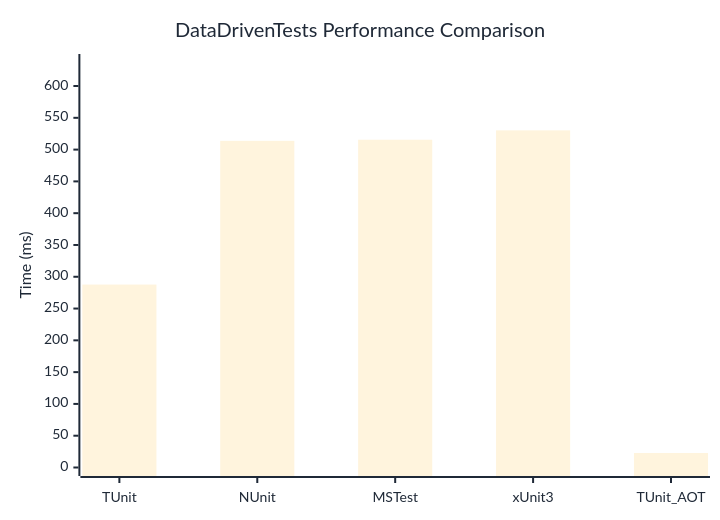
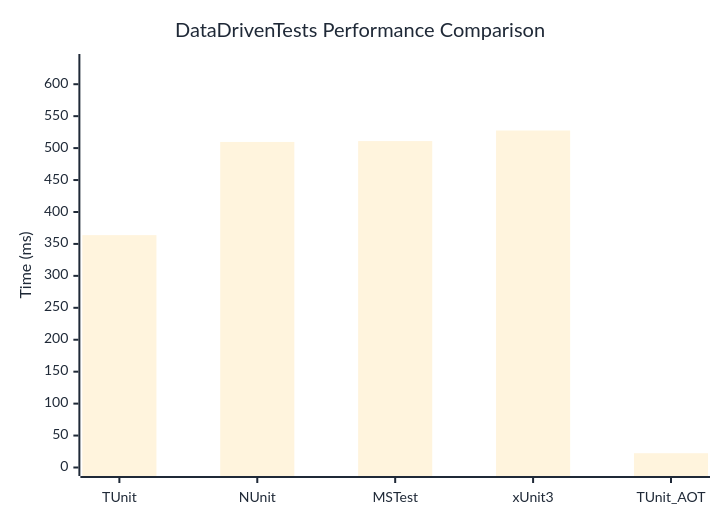
Before and after one commit to thomhurst/TUnit: the diagram in docs/docs/benchmarks/DataDrivenTests.md, drawn with Mermaid. The commit also changed other lines of this file and 17 other files, not shown here.

````diff
--- a/docs/docs/benchmarks/DataDrivenTests.md
+++ b/docs/docs/benchmarks/DataDrivenTests.md
@@ -27,37 +27,37 @@
 ```mermaid
 %%{init: {
   'theme':'base',
   'themeVariables': {
     'primaryColor': '#2563eb',
     'primaryTextColor': '#1f2937',
     'primaryBorderColor': '#1e40af',
     'lineColor': '#6b7280',
     'secondaryColor': '#7c3aed',
     'tertiaryColor': '#dc2626',
     'background': '#ffffff',
     'mainBkg': '#2563eb',
     'secondBkg': '#7c3aed',
     'tertiaryBkg': '#dc2626',
     'clusterBkg': '#f3f4f6',
     'edgeLabelBackground': '#ffffff',
     'tertiaryTextColor': '#1f2937',
     'pie1': '#2563eb',
     'pie2': '#7c3aed',
     'pie3': '#dc2626',
     'pie4': '#f59e0b',
     'pie5': '#10b981',
     'pie6': '#06b6d4',
     'pie7': '#ec4899',
     'pie8': '#6366f1',
     'pie9': '#84cc16',
     'pie10': '#f97316',
     'pie11': '#14b8a6',
     'pie12': '#a855f7'
   }
 }}%%
 xychart-beta
   title "DataDrivenTests Performance Comparison"
   x-axis ["TUnit", "NUnit", "MSTest", "xUnit3", "TUnit_AOT"]
-  y-axis "Time (ms)" 0 --> 637
-  bar [287.75, 513.77, 515.54, 530.26, 22.78]
+  y-axis "Time (ms)" 0 --> 634
+  bar [363.77, 509.62, 510.99, 527.53, 22.34]
 ```
````
